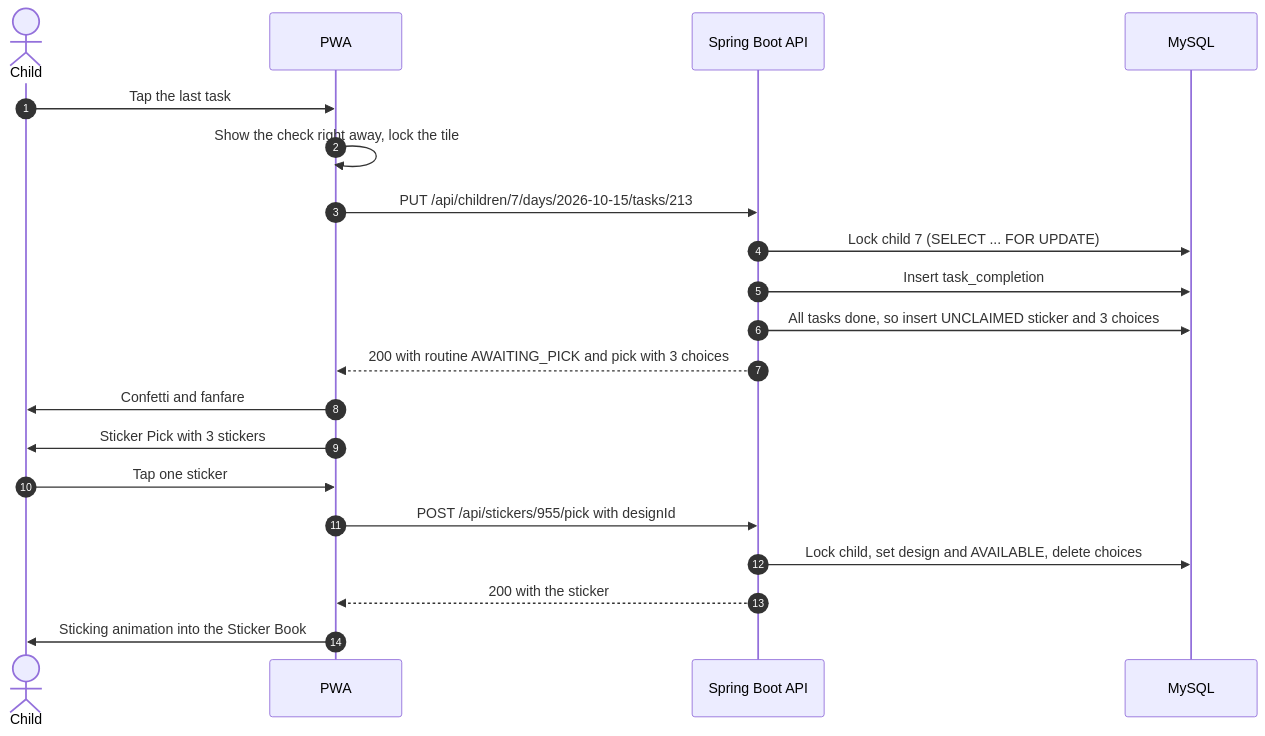
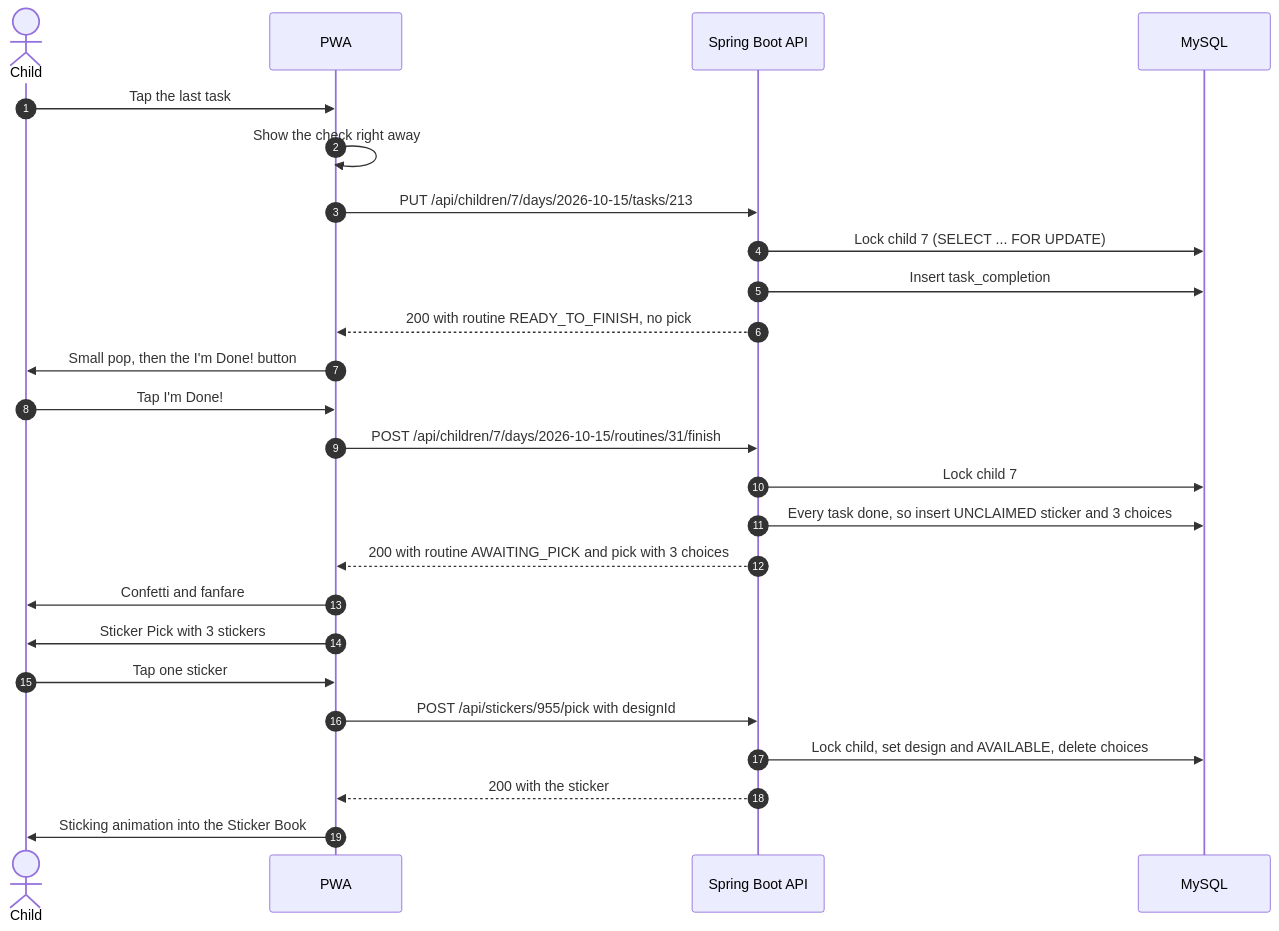
Before and after one commit to pw10n/sticker-bank: the fourth of 5 diagrams in docs/TDD.md, drawn with Mermaid. The commit also changed other lines of this file and 2 other files, not shown here.

First line of the commit message:
docs: add the I'm Done! confirmation and day-end auto-finish (FDD 1.2, TDD 0.4)

````diff
--- a/docs/TDD.md
+++ b/docs/TDD.md
@@ -618,22 +667,27 @@
 ```mermaid
 sequenceDiagram
     autonumber
     actor Child
     participant PWA
     participant API as Spring Boot API
     participant DB as MySQL
     Child->>PWA: Tap the last task
-    PWA->>PWA: Show the check right away, lock the tile
+    PWA->>PWA: Show the check right away
     PWA->>API: PUT /api/children/7/days/2026-10-15/tasks/213
     API->>DB: Lock child 7 (SELECT ... FOR UPDATE)
     API->>DB: Insert task_completion
-    API->>DB: All tasks done, so insert UNCLAIMED sticker and 3 choices
+    API-->>PWA: 200 with routine READY_TO_FINISH, no pick
+    PWA->>Child: Small pop, then the I'm Done! button
+    Child->>PWA: Tap I'm Done!
+    PWA->>API: POST /api/children/7/days/2026-10-15/routines/31/finish
+    API->>DB: Lock child 7
+    API->>DB: Every task done, so insert UNCLAIMED sticker and 3 choices
     API-->>PWA: 200 with routine AWAITING_PICK and pick with 3 choices
     PWA->>Child: Confetti and fanfare
     PWA->>Child: Sticker Pick with 3 stickers
     Child->>PWA: Tap one sticker
     PWA->>API: POST /api/stickers/955/pick with designId
     API->>DB: Lock child, set design and AVAILABLE, delete choices
     API-->>PWA: 200 with the sticker
     PWA->>Child: Sticking animation into the Sticker Book
 ```
````
